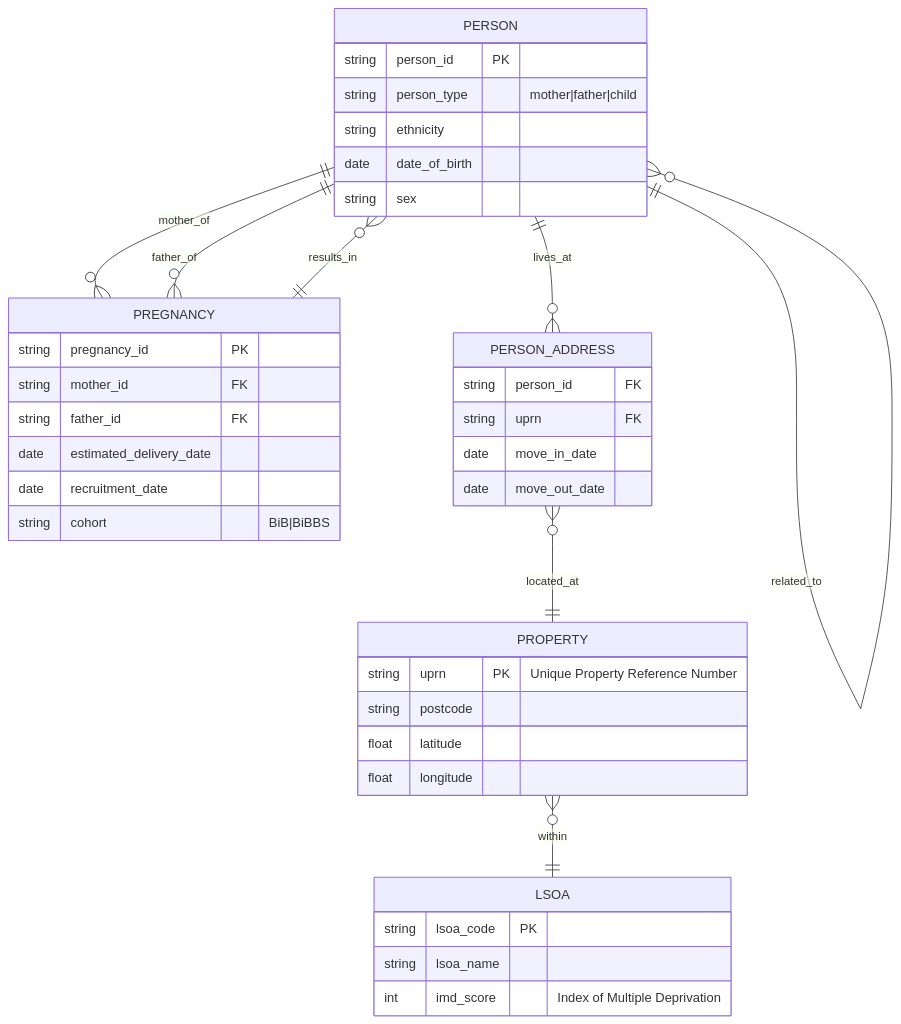
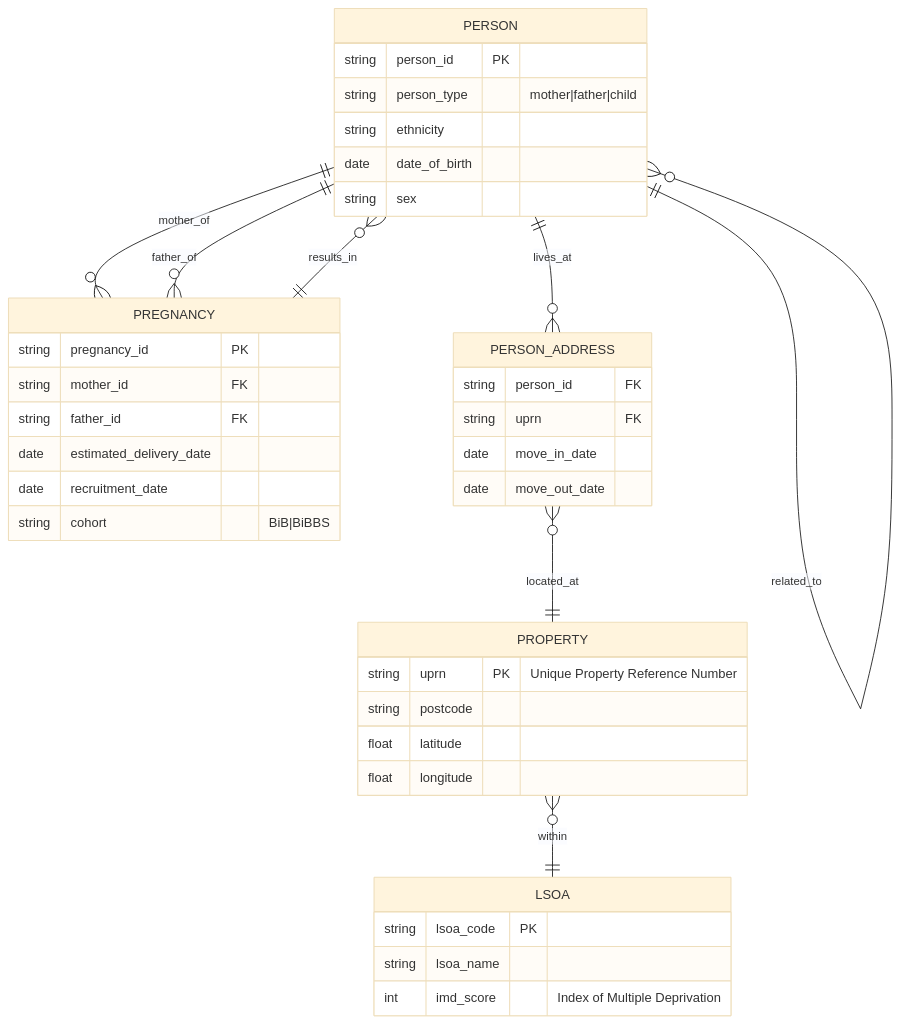
Before and after one commit to dizza01/BornInBradford-datadict: the first of 8 diagrams in DATA_MODEL.md, drawn with Mermaid. The commit also changed other lines of this file and 1 other file, not shown here.

````diff
--- a/DATA_MODEL.md
+++ b/DATA_MODEL.md
@@ -11,47 +11,48 @@
 ```mermaid
+%%{init: {'theme':'base'}}%%
 erDiagram
     PERSON ||--o{ PREGNANCY : "mother_of"
     PERSON ||--o{ PREGNANCY : "father_of"
     PREGNANCY ||--o{ PERSON : "results_in"
     PERSON ||--o{ PERSON : "related_to"
     PERSON ||--o{ PERSON_ADDRESS : "lives_at"
     PERSON_ADDRESS }o--|| PROPERTY : "located_at"
     PROPERTY }o--|| LSOA : "within"
     
     PERSON {
         string person_id PK
         string person_type "mother|father|child"
         string ethnicity
         date date_of_birth
         string sex
     }
     
     PREGNANCY {
         string pregnancy_id PK
         string mother_id FK
         string father_id FK
         date estimated_delivery_date
         date recruitment_date
         string cohort "BiB|BiBBS"
     }
     
     PROPERTY {
         string uprn PK "Unique Property Reference Number"
         string postcode
         float latitude
         float longitude
     }
     
     LSOA {
         string lsoa_code PK
         string lsoa_name
         int imd_score "Index of Multiple Deprivation"
     }
     
     PERSON_ADDRESS {
         string person_id FK
         string uprn FK
         date move_in_date
         date move_out_date
     }
 ```
````
